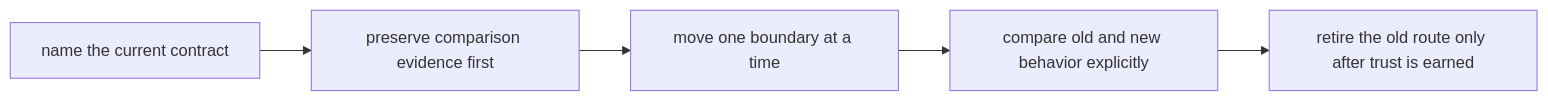
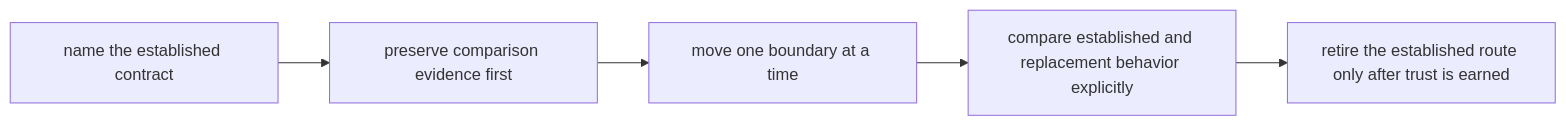
Before and after one commit to bijux/bijux-masterclass: the second of 3 diagrams in programs/reproducible-research/deep-dive-make/course-book/module-10-migration-governance-tool-boundaries/migration-plans-that-preserve-proof.md, drawn with Mermaid. The commit also changed other lines of this file, not shown here.

````diff
--- a/programs/reproducible-research/deep-dive-make/course-book/module-10-migration-governance-tool-boundaries/migration-plans-that-preserve-proof.md
+++ b/programs/reproducible-research/deep-dive-make/course-book/module-10-migration-governance-tool-boundaries/migration-plans-that-preserve-proof.md
@@ -18,7 +18,7 @@
 ```mermaid
 flowchart LR
-  contract["name the current contract"] --> evidence["preserve comparison evidence first"]
+  contract["name the established contract"] --> evidence["preserve comparison evidence first"]
   evidence --> move["move one boundary at a time"]
-  move --> compare["compare old and new behavior explicitly"]
-  compare --> retire["retire the old route only after trust is earned"]
+  move --> compare["compare established and replacement behavior explicitly"]
+  compare --> retire["retire the established route only after trust is earned"]
 ```
````
